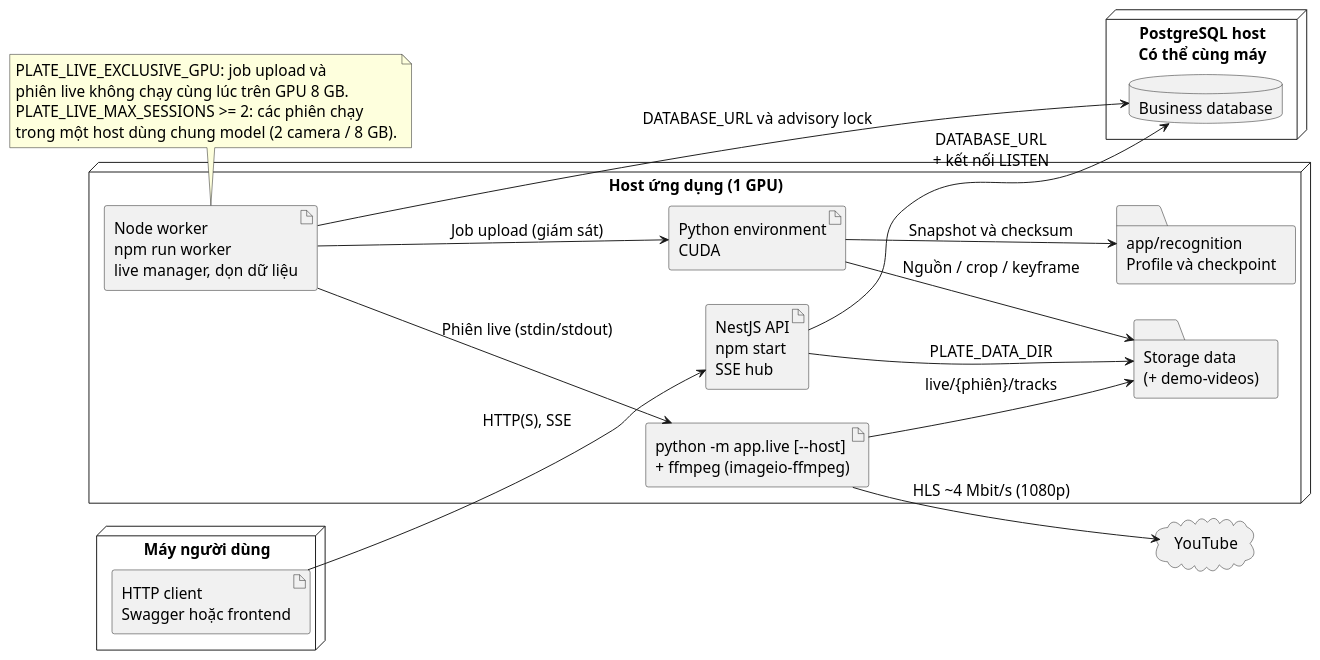
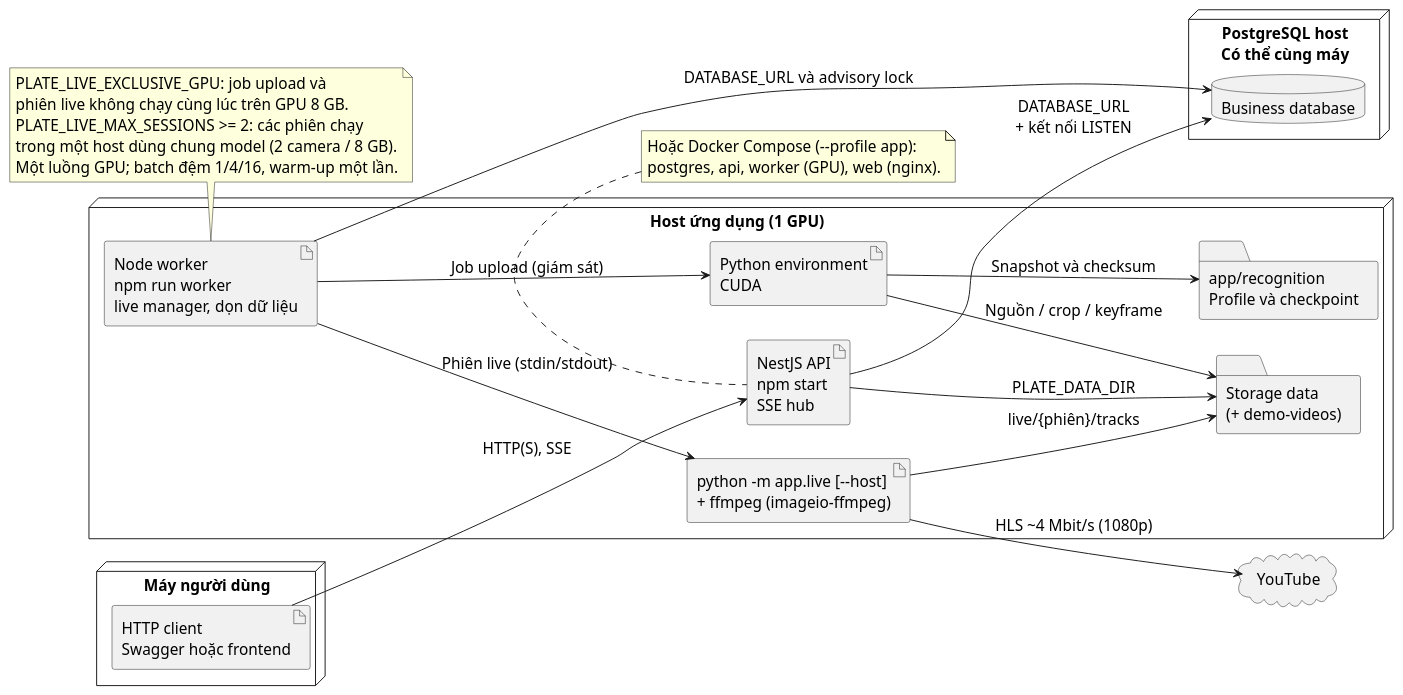
The diagram in docs/analysis/diagrams/16-deployment.puml (Oszumeiii/Vehicle_Tracking_BE), drawn with PlantUML before and after one commit. The commit also changed 12 other files, not shown here.

```diff
--- a/docs/analysis/diagrams/16-deployment.puml
+++ b/docs/analysis/diagrams/16-deployment.puml
@@ -1,38 +1,43 @@
 @startuml
 skinparam defaultFontName Arial
 skinparam defaultFontSize 16
 skinparam shadowing false
 skinparam backgroundColor white
 left to right direction
 node "Máy người dùng" {
   artifact "HTTP client\nSwagger hoặc frontend" as client
 }
 node "Host ứng dụng (1 GPU)" {
   artifact "NestJS API\nnpm start\nSSE hub" as api
   artifact "Node worker\nnpm run worker\nlive manager, dọn dữ liệu" as worker
   artifact "Python environment\nCUDA" as python
   artifact "python -m app.live [--host]\n+ ffmpeg (imageio-ffmpeg)" as live
   folder "Storage data\n(+ demo-videos)" as storage
   folder "app/recognition\nProfile và checkpoint" as model
 }
 node "PostgreSQL host\nCó thể cùng máy" {
   database "Business database" as db
 }
 cloud "YouTube" as youtube
 client --> api : HTTP(S), SSE
 api --> db : DATABASE_URL\n+ kết nối LISTEN
 worker --> db : DATABASE_URL và advisory lock
 api --> storage : PLATE_DATA_DIR
 worker --> python : Job upload (giám sát)
 worker --> live : Phiên live (stdin/stdout)
 live --> youtube : HLS ~4 Mbit/s (1080p)
 python --> storage : Nguồn / crop / keyframe
 live --> storage : live/{phiên}/tracks
 python --> model : Snapshot và checksum
 note bottom of worker
   PLATE_LIVE_EXCLUSIVE_GPU: job upload và
   phiên live không chạy cùng lúc trên GPU 8 GB.
   PLATE_LIVE_MAX_SESSIONS >= 2: các phiên chạy
   trong một host dùng chung model (2 camera / 8 GB).
+  Một luồng GPU; batch đệm 1/4/16, warm-up một lần.
+end note
+note top of api
+  Hoặc Docker Compose (--profile app):
+  postgres, api, worker (GPU), web (nginx).
 end note
 @enduml
```
